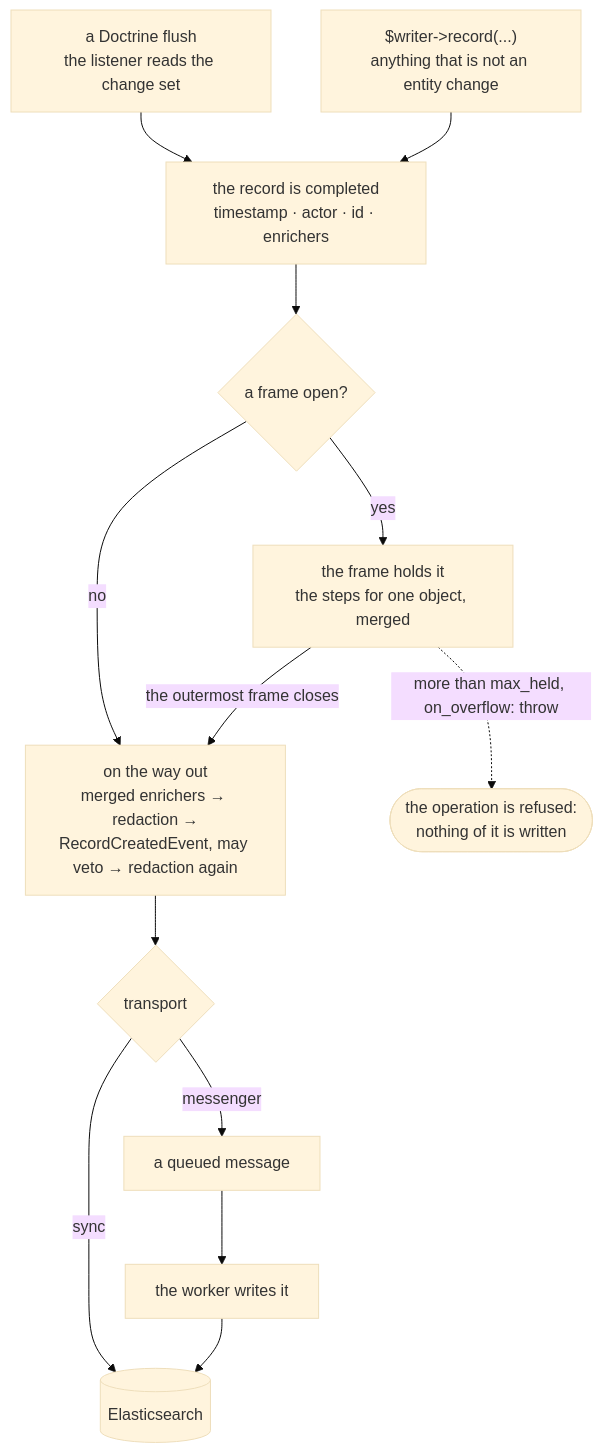
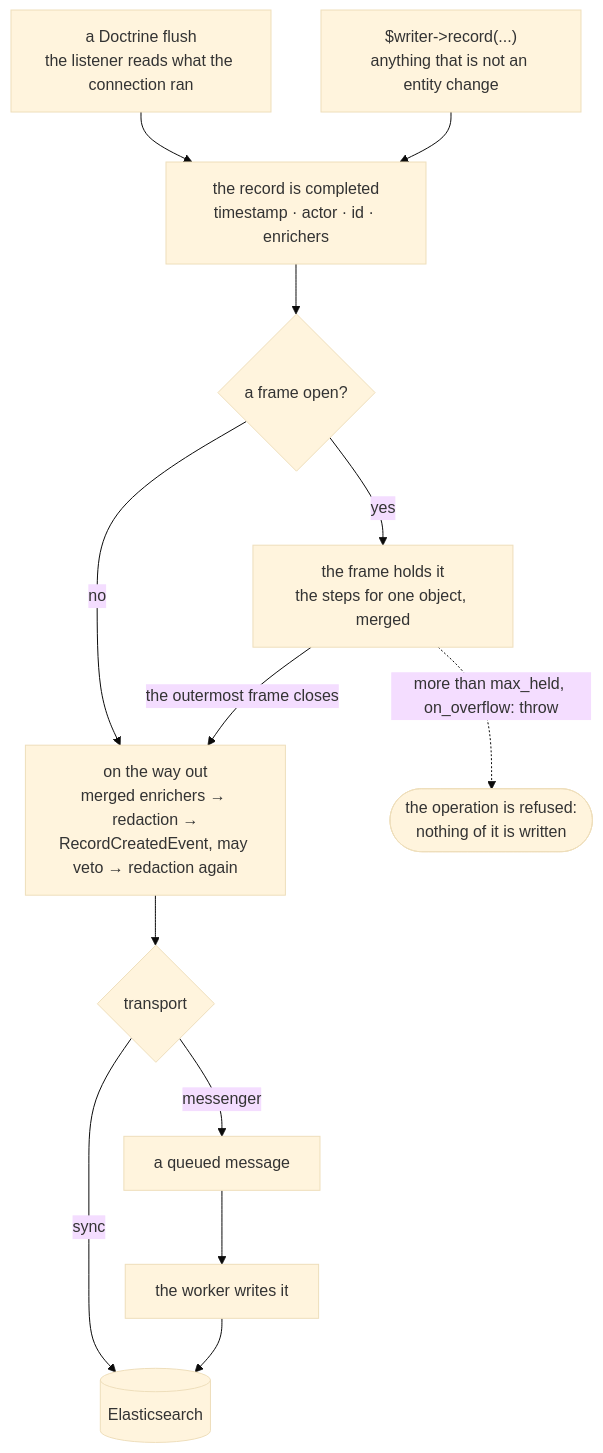
The first of 2 diagrams in README.md (YlikScherbak/elasticsearch-audit-bundle), drawn with Mermaid (base theme) before and after one commit. The commit also changed other lines of this file and 4 other files, not shown here.

First line of the commit message:
Write 1.3's documentation for what the listener does at its end

````diff
--- a/README.md
+++ b/README.md
@@ -39,19 +39,19 @@
 ```mermaid
 flowchart TD
-    D["a Doctrine flush<br/>the listener reads the change set"] --> C
+    D["a Doctrine flush<br/>the listener reads what the connection ran"] --> C
     A["$writer->record(...)<br/>anything that is not an entity change"] --> C
 
     C["the record is completed<br/>timestamp · actor · id · enrichers"] --> F{"a frame open?"}
 
     F -- "no" --> P
     F -- "yes" --> B["the frame holds it<br/>the steps for one object, merged"]
     B -- "the outermost frame closes" --> P
     B -. "more than max_held, on_overflow: throw" .-> X(["the operation is refused:<br/>nothing of it is written"])
 
     P["on the way out<br/>merged enrichers → redaction →<br/>RecordCreatedEvent, may veto → redaction again"] --> T{"transport"}
 
     T -- "sync" --> ES[("Elasticsearch")]
     T -- "messenger" --> Q["a queued message"]
     Q --> H["the worker writes it"]
     H --> ES
 ```
````
